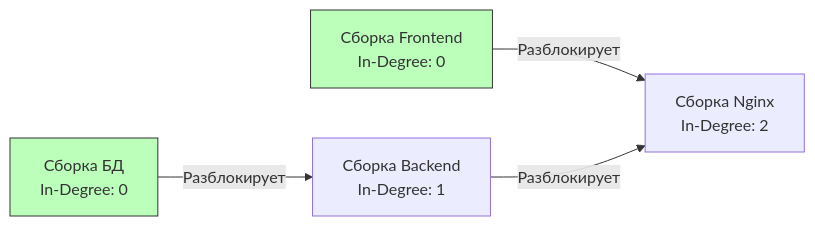
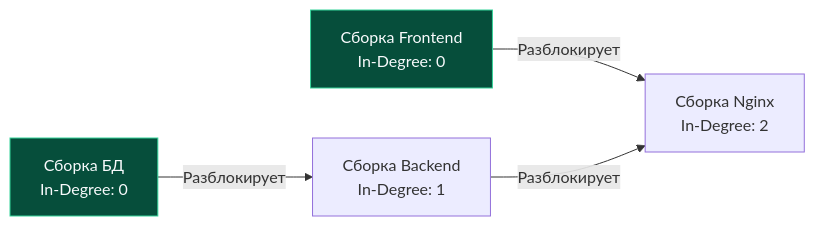
The diagram in sources/21. Задачи с LeetCode и собеседований на Go/02. Задачи/14. Графы/4. Course Schedule II.md (UnrealTemplier/go-textbook), drawn with Mermaid before and after one commit. The commit also changed 310 other files, not shown here.

First line of the commit message:
fix(mermaid): replace light fill colors with dark palette for readability on dark theme

````diff
--- a/sources/21. Задачи с LeetCode и собеседований на Go/02. Задачи/14. Графы/4. Course Schedule II.md
+++ b/sources/21. Задачи с LeetCode и собеседований на Go/02. Задачи/14. Графы/4. Course Schedule II.md
@@ -17,9 +17,9 @@
 ```mermaid
 graph LR
     A["Сборка БД<br>In-Degree: 0"] -->|"Разблокирует"| B["Сборка Backend<br>In-Degree: 1"]
     C["Сборка Frontend<br>In-Degree: 0"] -->|"Разблокирует"| D["Сборка Nginx<br>In-Degree: 2"]
     B -->|"Разблокирует"| D
     
-    style A fill:#bfb,stroke:#333
-    style C fill:#bfb,stroke:#333
+    style A fill:#064e3b,stroke:#34d399,color:#f8fafc
+    style C fill:#064e3b,stroke:#34d399,color:#f8fafc
 ```
````
